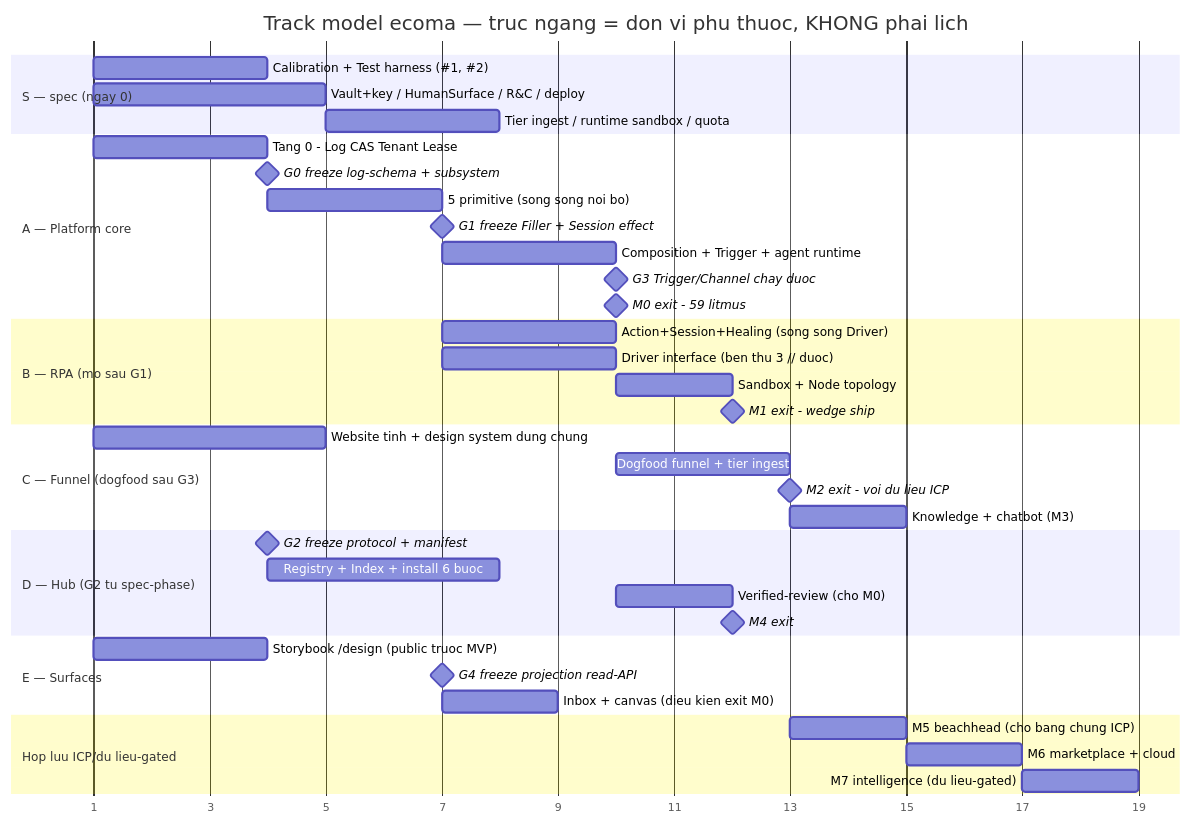
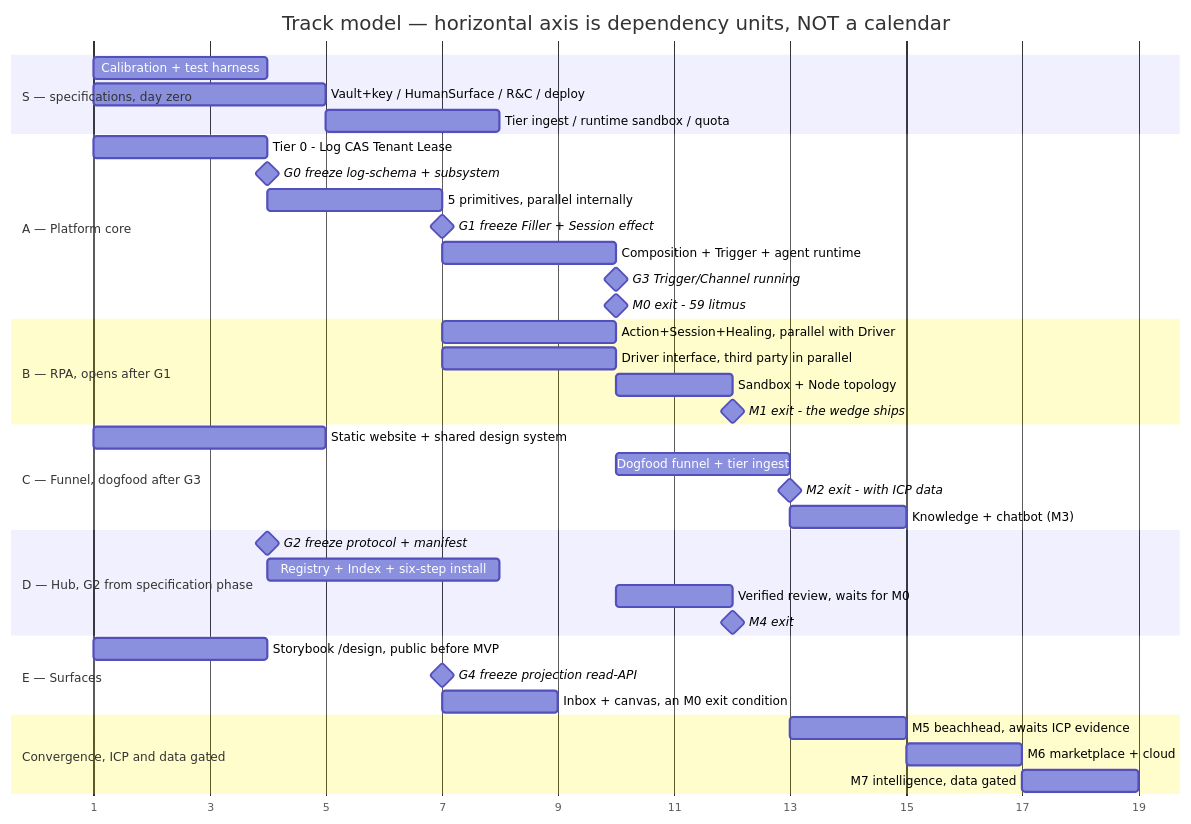
The diagram in shared/libs/doctrine/method/roadmap.md (ecoma-io/ecoma), drawn with Mermaid before and after one commit. The commit also changed other lines of this file and 1 other file, not shown here.

First line of the commit message:
docs(doctrine): make the roadmap an English canonical

````diff
--- a/shared/libs/doctrine/method/roadmap.md
+++ b/shared/libs/doctrine/method/roadmap.md
@@ -132,49 +208,49 @@
 ```mermaid
 gantt
- title Track model ecoma — truc ngang = don vi phu thuoc, KHONG phai lich
+ title Track model — horizontal axis is dependency units, NOT a calendar
  dateFormat YYYY-MM-DD
  axisFormat %e
  todayMarker off
 
- section S — spec (ngay 0)
- Calibration + Test harness (#1, #2) :s1, 2000-01-01, 3d
+ section S — specifications, day zero
+ Calibration + test harness :s1, 2000-01-01, 3d
  Vault+key / HumanSurface / R&C / deploy :s2, 2000-01-01, 4d
  Tier ingest / runtime sandbox / quota :s3, after s2, 3d
 
  section A — Platform core
- Tang 0 - Log CAS Tenant Lease :a1, 2000-01-01, 3d
+ Tier 0 - Log CAS Tenant Lease :a1, 2000-01-01, 3d
  G0 freeze log-schema + subsystem :milestone, g0, after a1, 0d
- 5 primitive (song song noi bo) :a2, after g0, 3d
+ 5 primitives, parallel internally :a2, after g0, 3d
  G1 freeze Filler + Session effect :milestone, g1, after a2, 0d
  Composition + Trigger + agent runtime :a3, after a2, 3d
- G3 Trigger/Channel chay duoc :milestone, g3, after a3, 0d
+ G3 Trigger/Channel running :milestone, g3, after a3, 0d
  M0 exit - 59 litmus :milestone, m0, after a3, 0d
 
- section B — RPA (mo sau G1)
- Action+Session+Healing (song song Driver):b1, after g1, 3d
- Driver interface (ben thu 3 // duoc) :b2, after g1, 3d
+ section B — RPA, opens after G1
+ Action+Session+Healing, parallel with Driver :b1, after g1, 3d
+ Driver interface, third party in parallel :b2, after g1, 3d
  Sandbox + Node topology :b3, after b1, 2d
- M1 exit - wedge ship :milestone, m1, after b3, 0d
+ M1 exit - the wedge ships :milestone, m1, after b3, 0d
 
- section C — Funnel (dogfood sau G3)
- Website tinh + design system dung chung :c1, 2000-01-01, 4d
+ section C — Funnel, dogfood after G3
+ Static website + shared design system :c1, 2000-01-01, 4d
  Dogfood funnel + tier ingest :c2, after g3, 3d
- M2 exit - voi du lieu ICP :milestone, m2, after c2, 0d
+ M2 exit - with ICP data :milestone, m2, after c2, 0d
  Knowledge + chatbot (M3) :c3, after m2, 2d
 
- section D — Hub (G2 tu spec-phase)
+ section D — Hub, G2 from specification phase
  G2 freeze protocol + manifest :milestone, g2, 2000-01-04, 0d
- Registry + Index + install 6 buoc :d1, after g2, 4d
- Verified-review (cho M0) :d2, after m0, 2d
+ Registry + Index + six-step install :d1, after g2, 4d
+ Verified review, waits for M0 :d2, after m0, 2d
  M4 exit :milestone, m4, after d2, 0d
 
  section E — Surfaces
- Storybook /design (public truoc MVP) :e1, 2000-01-01, 3d
+ Storybook /design, public before MVP :e1, 2000-01-01, 3d
  G4 freeze projection read-API :milestone, g4, after a2, 0d
- Inbox + canvas (dieu kien exit M0) :e2, after g4, 2d
+ Inbox + canvas, an M0 exit condition :e2, after g4, 2d
 
- section Hop luu ICP/du lieu-gated
- M5 beachhead (cho bang chung ICP) :m5, after m2, 2d
+ section Convergence, ICP and data gated
+ M5 beachhead, awaits ICP evidence :m5, after m2, 2d
  M6 marketplace + cloud :m6, after m5, 2d
- M7 intelligence (du lieu-gated) :m7, after m6, 2d
+ M7 intelligence, data gated :m7, after m6, 2d
 ```
````
